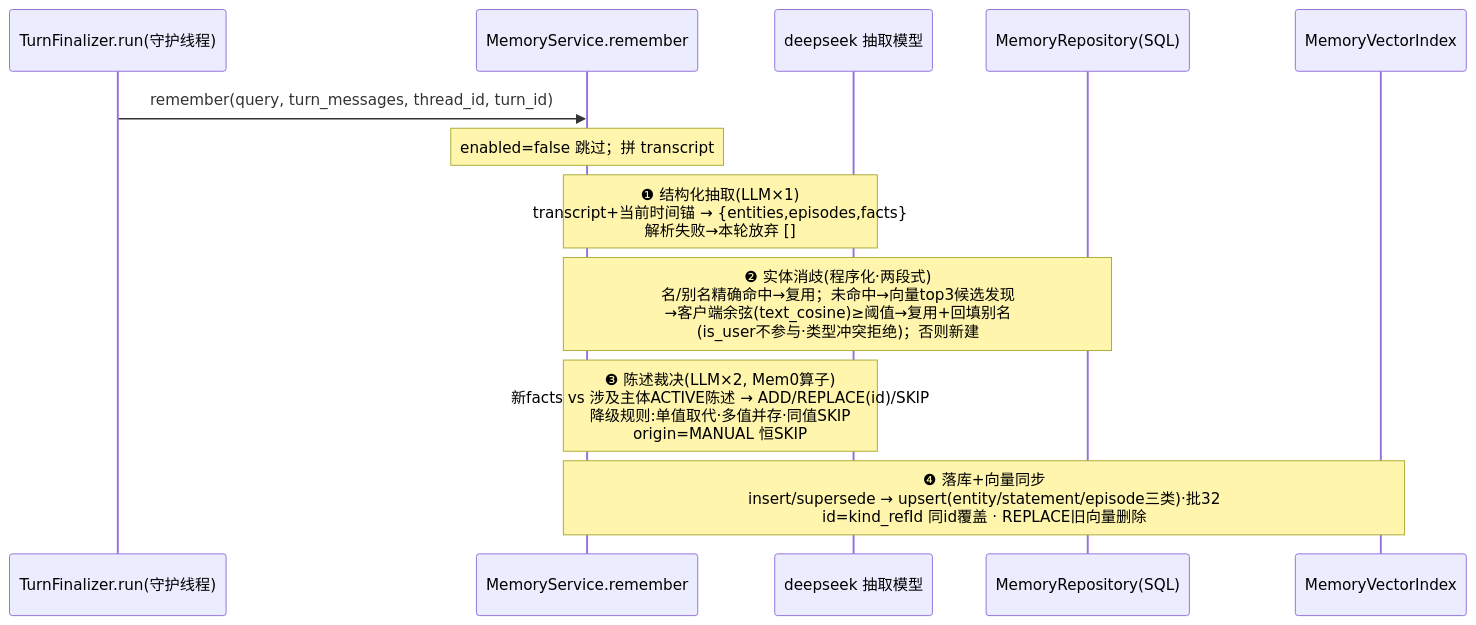
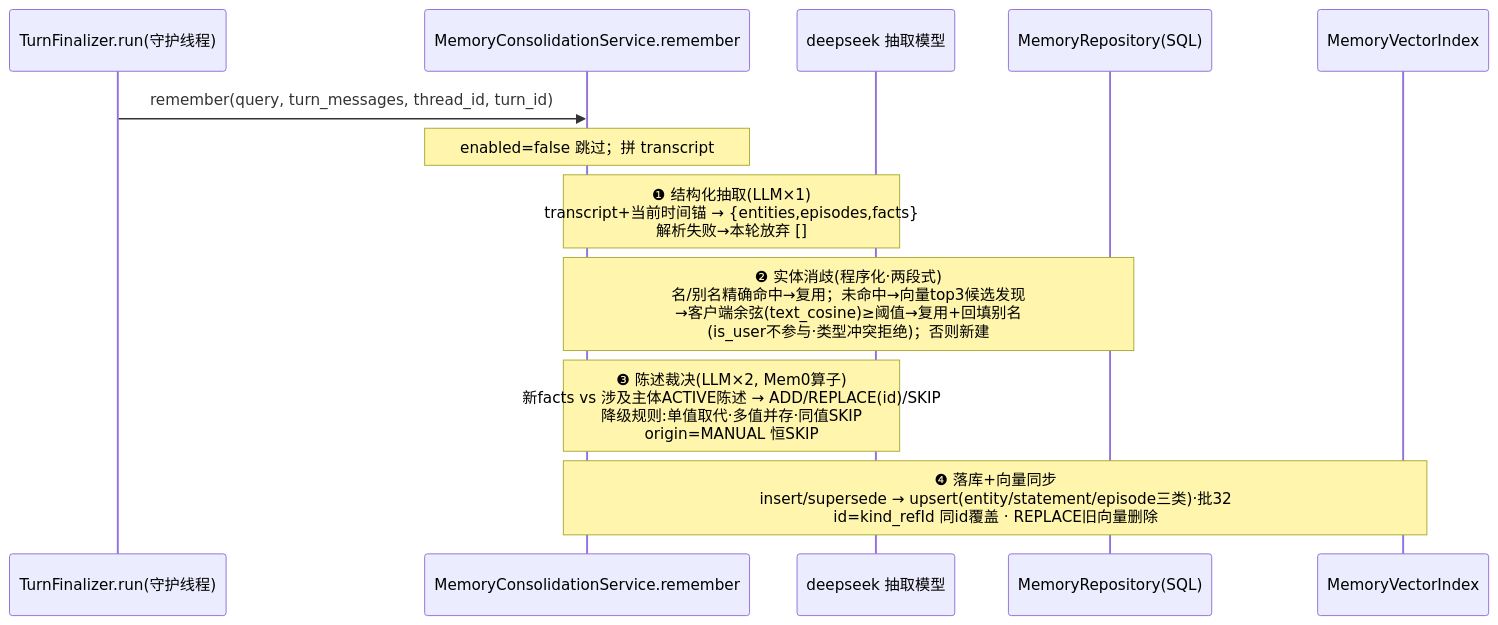
One commit to HankChenCH/agentic changed the first of 2 diagrams in docs/memory-v2-design.md. Above: the diagram before and after it, drawn with Mermaid. The commit also changed other lines of this file and 50 other files, not shown here.

````diff
--- a/docs/memory-v2-design.md
+++ b/docs/memory-v2-design.md
@@ -120,14 +120,14 @@
 ```mermaid
 sequenceDiagram
     participant AGT as TurnFinalizer.run(守护线程)
-    participant MS as MemoryService.remember
+    participant MS as MemoryConsolidationService.remember
     participant LLM as deepseek 抽取模型
     participant REPO as MemoryRepository(SQL)
     participant IDX as MemoryVectorIndex
     AGT->>MS: remember(query, turn_messages, thread_id, turn_id)
     Note over MS: enabled=false 跳过；拼 transcript
     Note over MS,LLM: ❶ 结构化抽取(LLM×1)<br/>transcript+当前时间锚 → {entities,episodes,facts}<br/>解析失败→本轮放弃 []
     Note over MS,REPO: ❷ 实体消歧(程序化·两段式)<br/>名/别名精确命中→复用；未命中→向量top3候选发现<br/>→客户端余弦(text_cosine)≥阈值→复用+回填别名<br/>(is_user不参与·类型冲突拒绝)；否则新建
     Note over MS,LLM: ❸ 陈述裁决(LLM×2, Mem0算子)<br/>新facts vs 涉及主体ACTIVE陈述 → ADD/REPLACE(id)/SKIP<br/>降级规则:单值取代·多值并存·同值SKIP<br/>origin=MANUAL 恒SKIP
     Note over MS,IDX: ❹ 落库+向量同步<br/>insert/supersede → upsert(entity/statement/episode三类)·批32<br/>id=kind_refId 同id覆盖 · REPLACE旧向量删除
 ```
````
